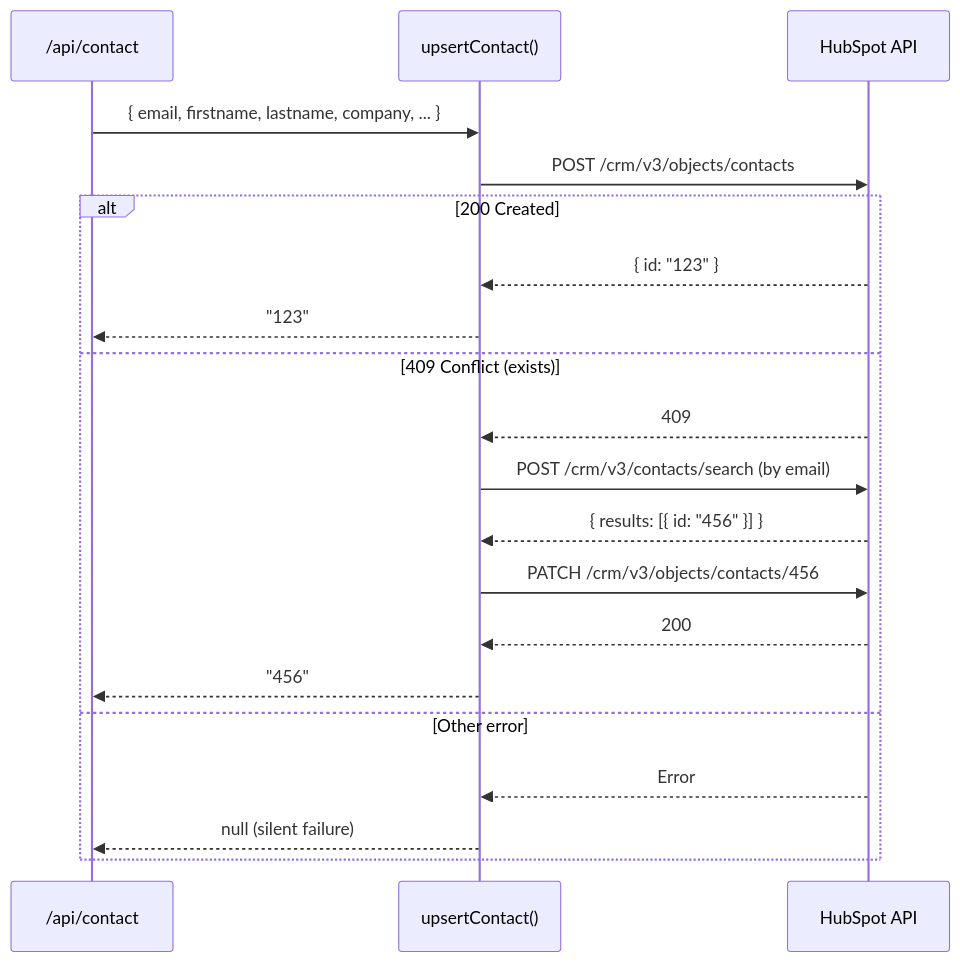
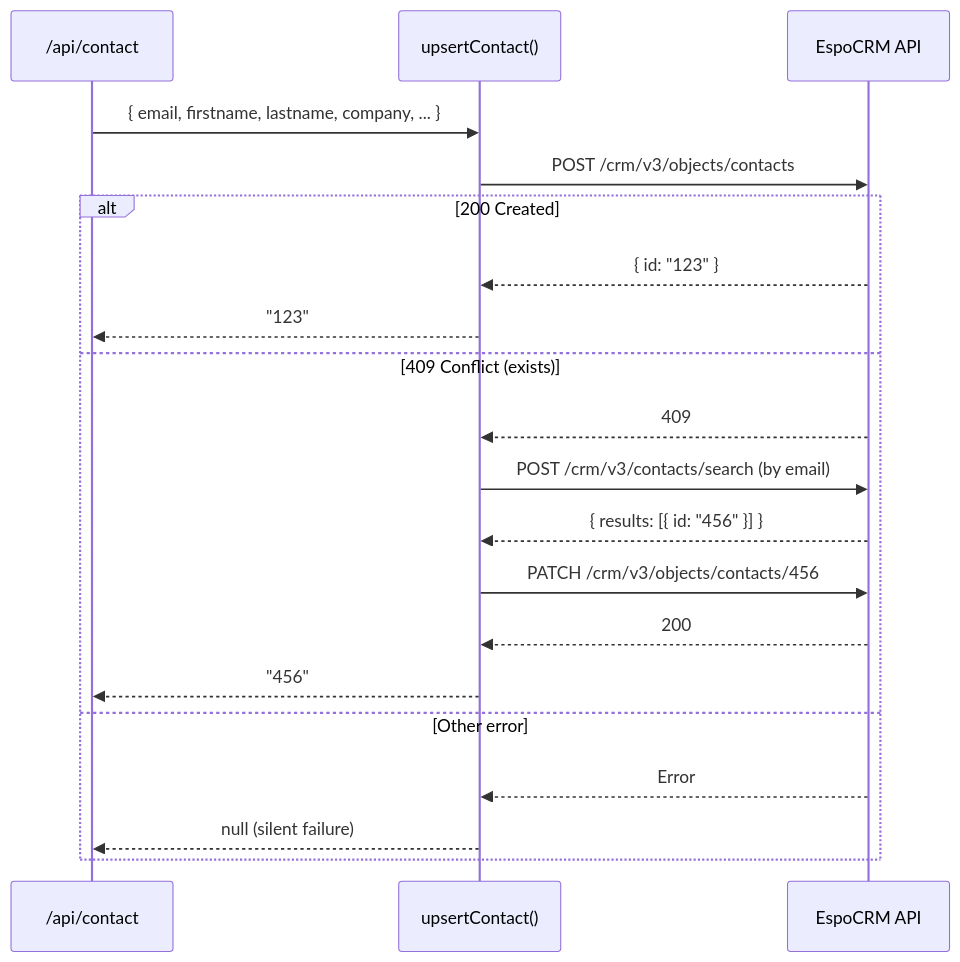
One commit to Themis128/cloudless.gr changed the third of 4 diagrams in docs/HUBSPOT.md. Above: the diagram before and after it, drawn with Mermaid. The commit also changed other lines of this file and 121 other files, not shown here.

````diff
--- a/docs/HUBSPOT.md
+++ b/docs/HUBSPOT.md
@@ -138,23 +138,23 @@
 ```mermaid
 sequenceDiagram
     participant Route as /api/contact
     participant Upsert as upsertContact()
-    participant API as HubSpot API
+    participant API as EspoCRM API
 
     Route->>Upsert: { email, firstname, lastname, company, ... }
     Upsert->>API: POST /crm/v3/objects/contacts
     alt 200 Created
         API-->>Upsert: { id: "123" }
         Upsert-->>Route: "123"
     else 409 Conflict (exists)
         API-->>Upsert: 409
         Upsert->>API: POST /crm/v3/contacts/search (by email)
         API-->>Upsert: { results: [{ id: "456" }] }
         Upsert->>API: PATCH /crm/v3/objects/contacts/456
         API-->>Upsert: 200
         Upsert-->>Route: "456"
     else Other error
         API-->>Upsert: Error
         Upsert-->>Route: null (silent failure)
     end
 ```
````
